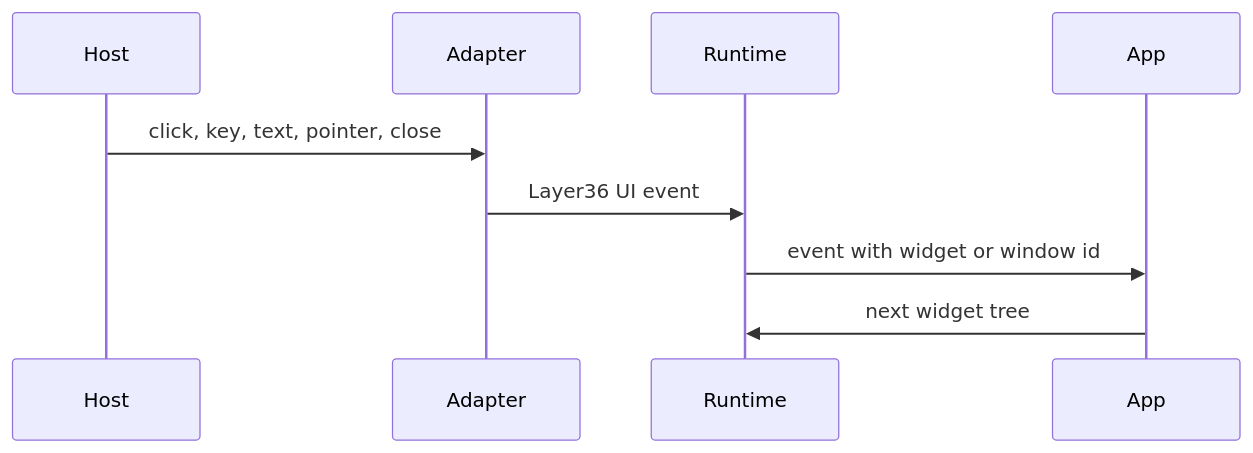
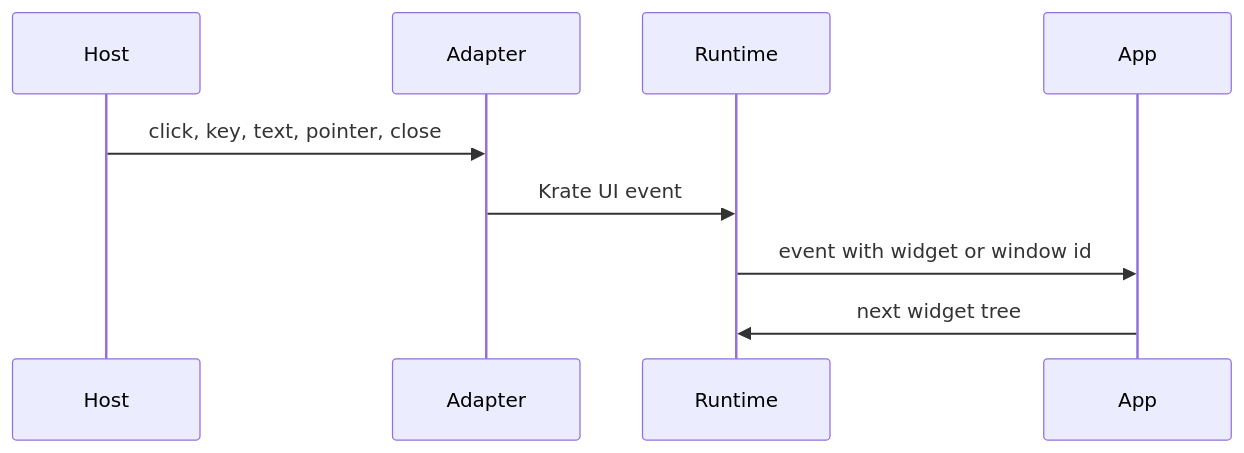
Before and after one commit to incyashraj/krate: the second of 2 diagrams in docs/book/src/phase3/widget-protocol.md, drawn with Mermaid. The commit also changed other lines of this file and 342 other files, not shown here.

First line of the commit message:
feat!: rename Layer36 to Krate across the entire system (A9 Phase B)

````diff
--- a/docs/book/src/phase3/widget-protocol.md
+++ b/docs/book/src/phase3/widget-protocol.md
@@ -102,12 +102,12 @@
 ```mermaid
 sequenceDiagram
     participant Host
     participant Adapter
     participant Runtime
     participant App
 
     Host->>Adapter: click, key, text, pointer, close
-    Adapter->>Runtime: Layer36 UI event
+    Adapter->>Runtime: Krate UI event
     Runtime->>App: event with widget or window id
     App->>Runtime: next widget tree
 ```
````
